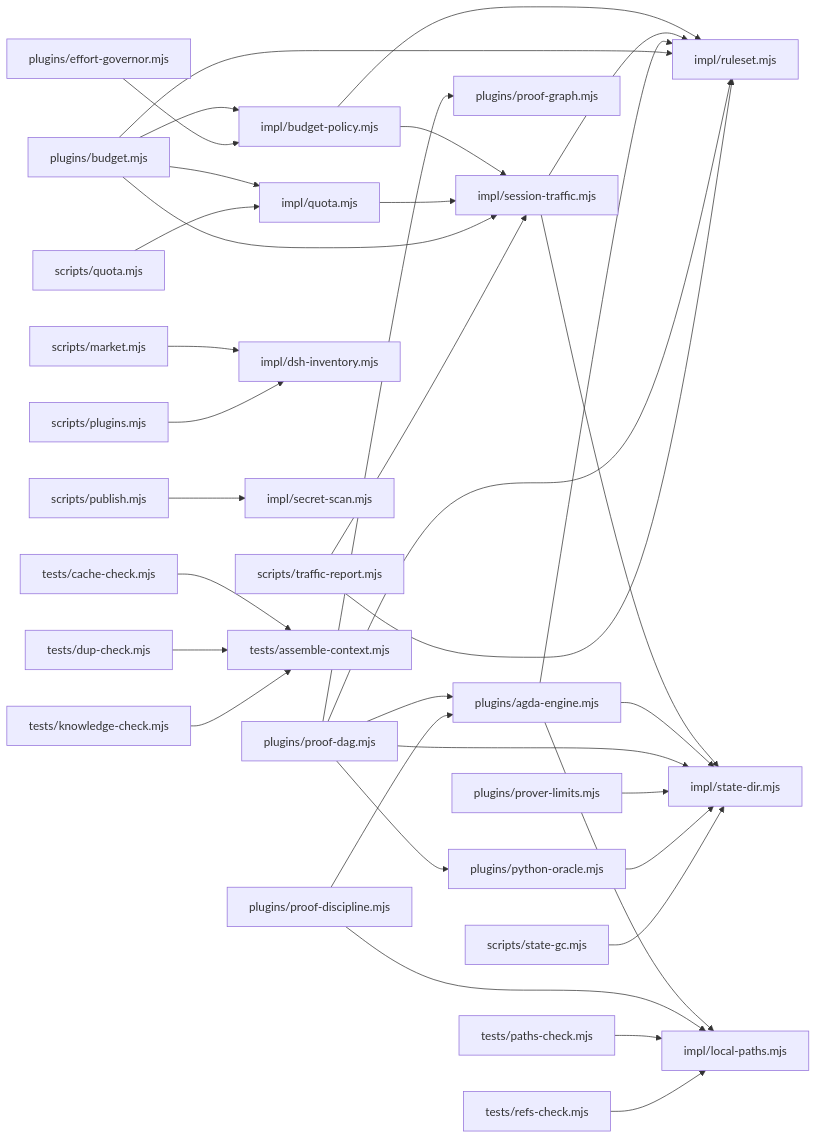
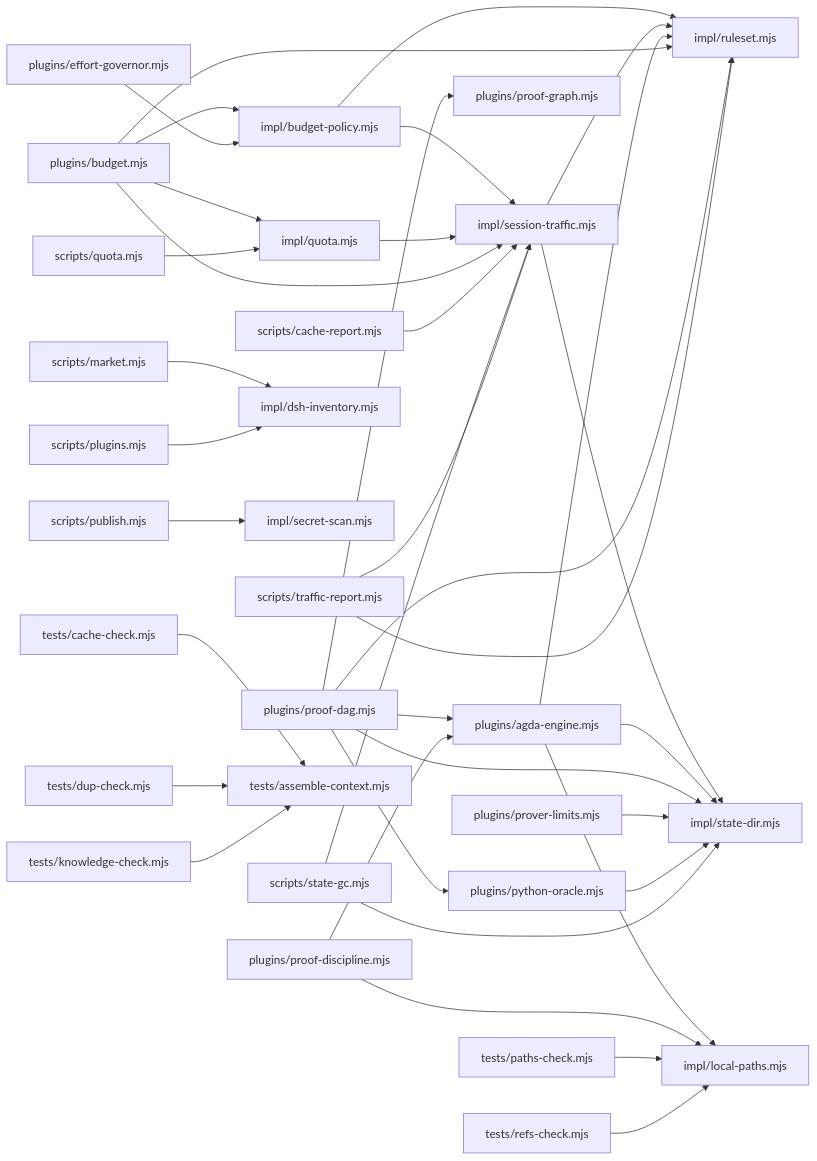
One commit to clearnature/dsh-math-proof changed the diagram in math-proof/docs/maps/M2-dependency.md. Above: the diagram before and after it, drawn with Mermaid. The commit also changed other lines of this file and 9 other files, not shown here.

````diff
--- a/math-proof/docs/maps/M2-dependency.md
+++ b/math-proof/docs/maps/M2-dependency.md
@@ -56,37 +56,39 @@
 ```mermaid
 graph LR
   impl_budget-policy_mjs["impl/budget-policy.mjs"] --> impl_ruleset_mjs["impl/ruleset.mjs"]
   impl_budget-policy_mjs["impl/budget-policy.mjs"] --> impl_session-traffic_mjs["impl/session-traffic.mjs"]
   impl_quota_mjs["impl/quota.mjs"] --> impl_session-traffic_mjs["impl/session-traffic.mjs"]
   impl_session-traffic_mjs["impl/session-traffic.mjs"] --> impl_ruleset_mjs["impl/ruleset.mjs"]
   impl_session-traffic_mjs["impl/session-traffic.mjs"] --> impl_state-dir_mjs["impl/state-dir.mjs"]
   plugins_agda-engine_mjs["plugins/agda-engine.mjs"] --> impl_local-paths_mjs["impl/local-paths.mjs"]
   plugins_agda-engine_mjs["plugins/agda-engine.mjs"] --> impl_ruleset_mjs["impl/ruleset.mjs"]
   plugins_agda-engine_mjs["plugins/agda-engine.mjs"] --> impl_state-dir_mjs["impl/state-dir.mjs"]
   plugins_budget_mjs["plugins/budget.mjs"] --> impl_budget-policy_mjs["impl/budget-policy.mjs"]
   plugins_budget_mjs["plugins/budget.mjs"] --> impl_quota_mjs["impl/quota.mjs"]
   plugins_budget_mjs["plugins/budget.mjs"] --> impl_ruleset_mjs["impl/ruleset.mjs"]
   plugins_budget_mjs["plugins/budget.mjs"] --> impl_session-traffic_mjs["impl/session-traffic.mjs"]
   plugins_effort-governor_mjs["plugins/effort-governor.mjs"] --> impl_budget-policy_mjs["impl/budget-policy.mjs"]
   plugins_proof-dag_mjs["plugins/proof-dag.mjs"] --> impl_ruleset_mjs["impl/ruleset.mjs"]
   plugins_proof-dag_mjs["plugins/proof-dag.mjs"] --> impl_state-dir_mjs["impl/state-dir.mjs"]
   plugins_proof-dag_mjs["plugins/proof-dag.mjs"] --> plugins_agda-engine_mjs["plugins/agda-engine.mjs"]
   plugins_proof-dag_mjs["plugins/proof-dag.mjs"] --> plugins_proof-graph_mjs["plugins/proof-graph.mjs"]
   plugins_proof-dag_mjs["plugins/proof-dag.mjs"] --> plugins_python-oracle_mjs["plugins/python-oracle.mjs"]
   plugins_proof-discipline_mjs["plugins/proof-discipline.mjs"] --> impl_local-paths_mjs["impl/local-paths.mjs"]
   plugins_proof-discipline_mjs["plugins/proof-discipline.mjs"] --> plugins_agda-engine_mjs["plugins/agda-engine.mjs"]
   plugins_prover-limits_mjs["plugins/prover-limits.mjs"] --> impl_state-dir_mjs["impl/state-dir.mjs"]
   plugins_python-oracle_mjs["plugins/python-oracle.mjs"] --> impl_state-dir_mjs["impl/state-dir.mjs"]
+  scripts_cache-report_mjs["scripts/cache-report.mjs"] --> impl_session-traffic_mjs["impl/session-traffic.mjs"]
   scripts_market_mjs["scripts/market.mjs"] --> impl_dsh-inventory_mjs["impl/dsh-inventory.mjs"]
   scripts_plugins_mjs["scripts/plugins.mjs"] --> impl_dsh-inventory_mjs["impl/dsh-inventory.mjs"]
   scripts_publish_mjs["scripts/publish.mjs"] --> impl_secret-scan_mjs["impl/secret-scan.mjs"]
   scripts_quota_mjs["scripts/quota.mjs"] --> impl_quota_mjs["impl/quota.mjs"]
+  scripts_state-gc_mjs["scripts/state-gc.mjs"] --> impl_session-traffic_mjs["impl/session-traffic.mjs"]
   scripts_state-gc_mjs["scripts/state-gc.mjs"] --> impl_state-dir_mjs["impl/state-dir.mjs"]
   scripts_traffic-report_mjs["scripts/traffic-report.mjs"] --> impl_ruleset_mjs["impl/ruleset.mjs"]
   scripts_traffic-report_mjs["scripts/traffic-report.mjs"] --> impl_session-traffic_mjs["impl/session-traffic.mjs"]
   tests_cache-check_mjs["tests/cache-check.mjs"] --> tests_assemble-context_mjs["tests/assemble-context.mjs"]
   tests_dup-check_mjs["tests/dup-check.mjs"] --> tests_assemble-context_mjs["tests/assemble-context.mjs"]
   tests_knowledge-check_mjs["tests/knowledge-check.mjs"] --> tests_assemble-context_mjs["tests/assemble-context.mjs"]
   tests_paths-check_mjs["tests/paths-check.mjs"] --> impl_local-paths_mjs["impl/local-paths.mjs"]
   tests_refs-check_mjs["tests/refs-check.mjs"] --> impl_local-paths_mjs["impl/local-paths.mjs"]
 ```
````
